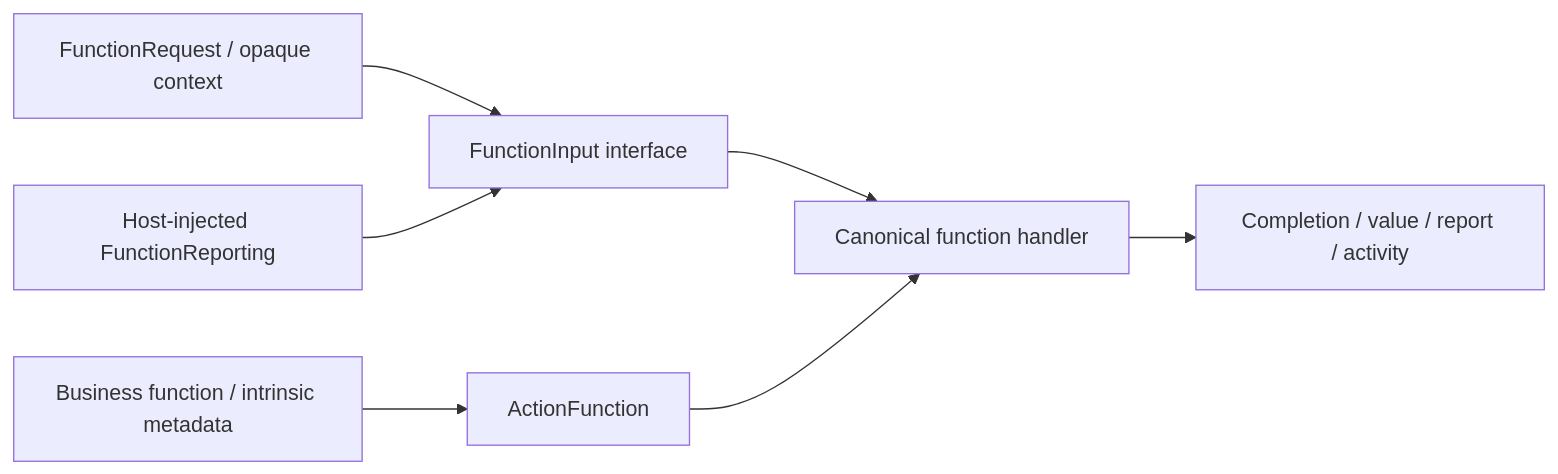
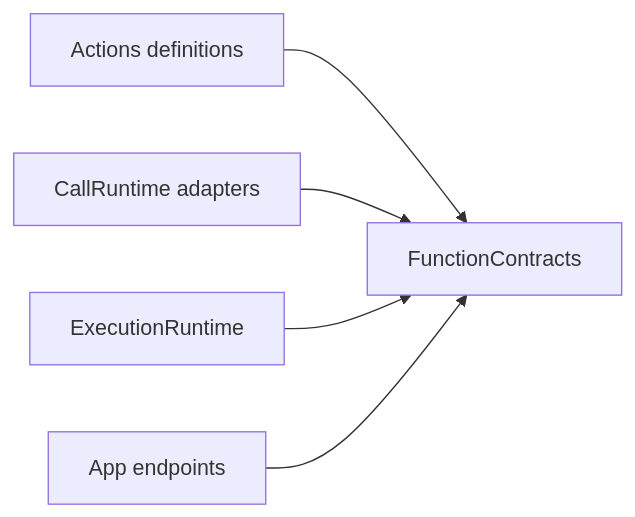
The diagram in MobileHarness/Actions/Contracts/README.md (devilyouwei/MobileHarness), drawn with Mermaid before and after one commit. The commit also changed other lines of this file and 116 other files, not shown here.

````diff
--- a/MobileHarness/Actions/Contracts/README.md
+++ b/MobileHarness/Actions/Contracts/README.md
@@ -9,9 +15,7 @@
 ```mermaid
 flowchart LR
-    Function[Business function / intrinsic metadata] --> Descriptor[ActionFunction]
-    Request[FunctionRequest / opaque context] --> Input[FunctionInput interface]
-    Reporter[Host-injected FunctionReporting] --> Input
-    Input --> Handler[Canonical function handler]
-    Handler --> Output[Completion / value / report / activity]
-    Descriptor --> Handler
+ Definitions[Actions definitions] --> Contracts[FunctionContracts]
+ Adapters[CallRuntime adapters] --> Contracts
+ Executor[ExecutionRuntime] --> Contracts
+ Host[App endpoints] --> Contracts
 ```
````
